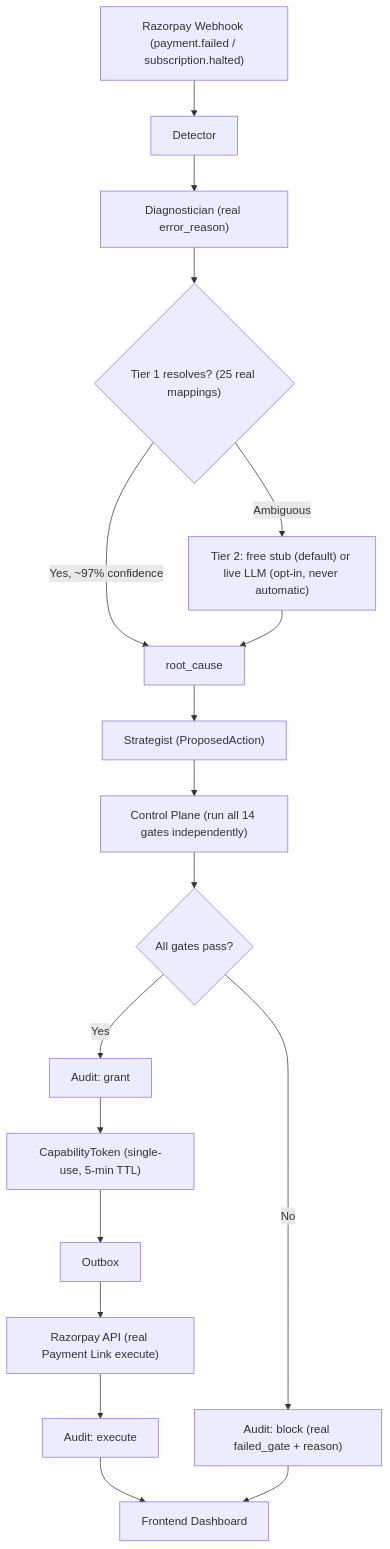
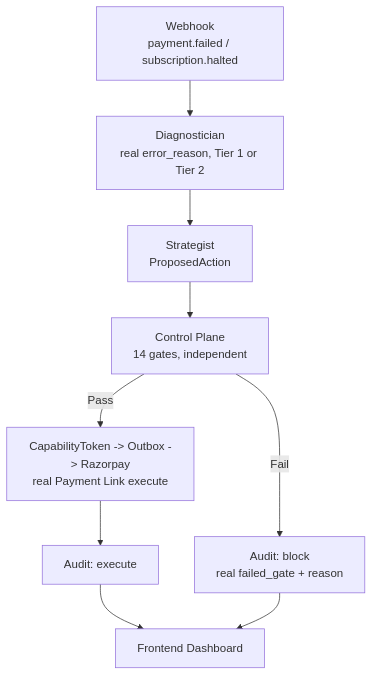
The second of 3 diagrams in README.md (Subhitcha04/Bakaya-RazorPay-Buildathon), drawn with Mermaid before and after one commit. The commit also changed other lines of this file, not shown here.

Commit message:
Condense diagrams 1 and 2 to 5-8 boxes for readable rendering

````diff
--- a/README.md
+++ b/README.md
@@ -100,20 +75,11 @@
 ```mermaid
 flowchart TB
-    W["Razorpay Webhook (payment.failed / subscription.halted)"] --> D["Detector"]
-    D --> Dx["Diagnostician (real error_reason)"]
-    Dx --> T1{"Tier 1 resolves? (25 real mappings)"}
-    T1 -->|"Yes, ~97% confidence"| RC["root_cause"]
-    T1 -->|"Ambiguous"| T2["Tier 2: free stub (default) or live LLM (opt-in, never automatic)"]
-    T2 --> RC
-    RC --> S["Strategist (ProposedAction)"]
-    S --> CP["Control Plane (run all 14 gates independently)"]
-    CP --> G{"All gates pass?"}
-    G -->|"Yes"| Grant["Audit: grant"]
-    Grant --> Token["CapabilityToken (single-use, 5-min TTL)"]
-    Token --> O["Outbox"]
-    O --> R["Razorpay API (real Payment Link execute)"]
-    R --> Exec["Audit: execute"]
-    G -->|"No"| Block["Audit: block (real failed_gate + reason)"]
-    Exec --> Dash["Frontend Dashboard"]
-    Block --> Dash
+    A["Webhook<br/>payment.failed / subscription.halted"] --> B["Diagnostician<br/>real error_reason, Tier 1 or Tier 2"]
+    B --> C["Strategist<br/>ProposedAction"]
+    C --> D["Control Plane<br/>14 gates, independent"]
+    D -->|"Pass"| E["CapabilityToken -> Outbox -> Razorpay<br/>real Payment Link execute"]
+    D -->|"Fail"| F["Audit: block<br/>real failed_gate + reason"]
+    E --> G["Audit: execute"]
+    G --> H["Frontend Dashboard"]
+    F --> H
 ```
````
